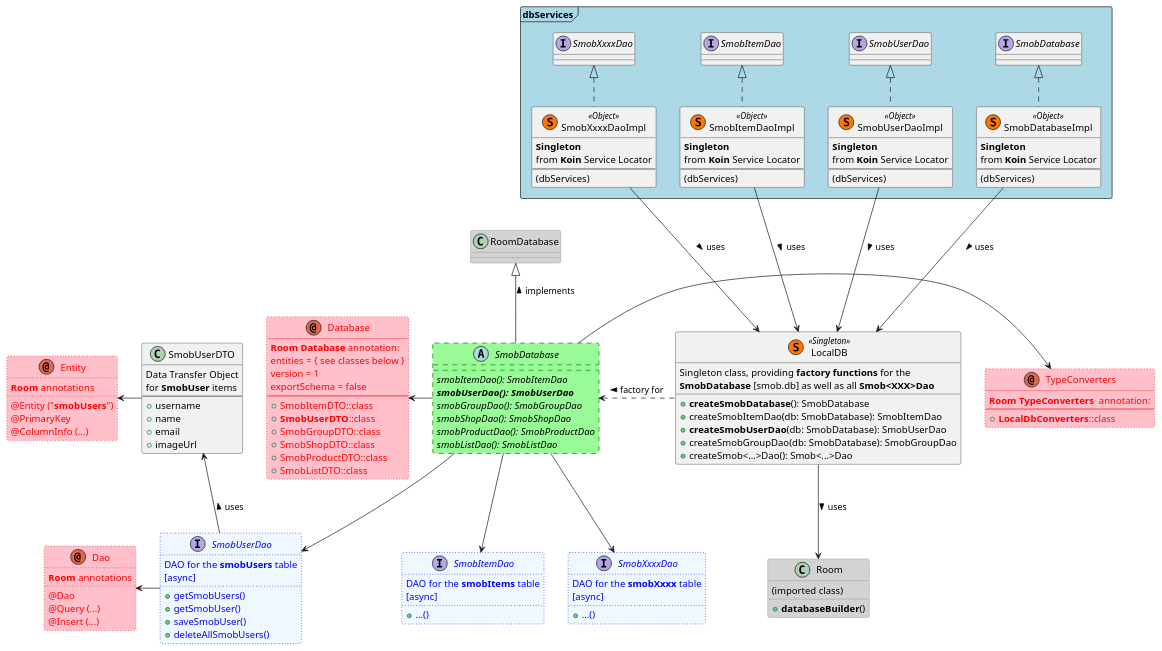
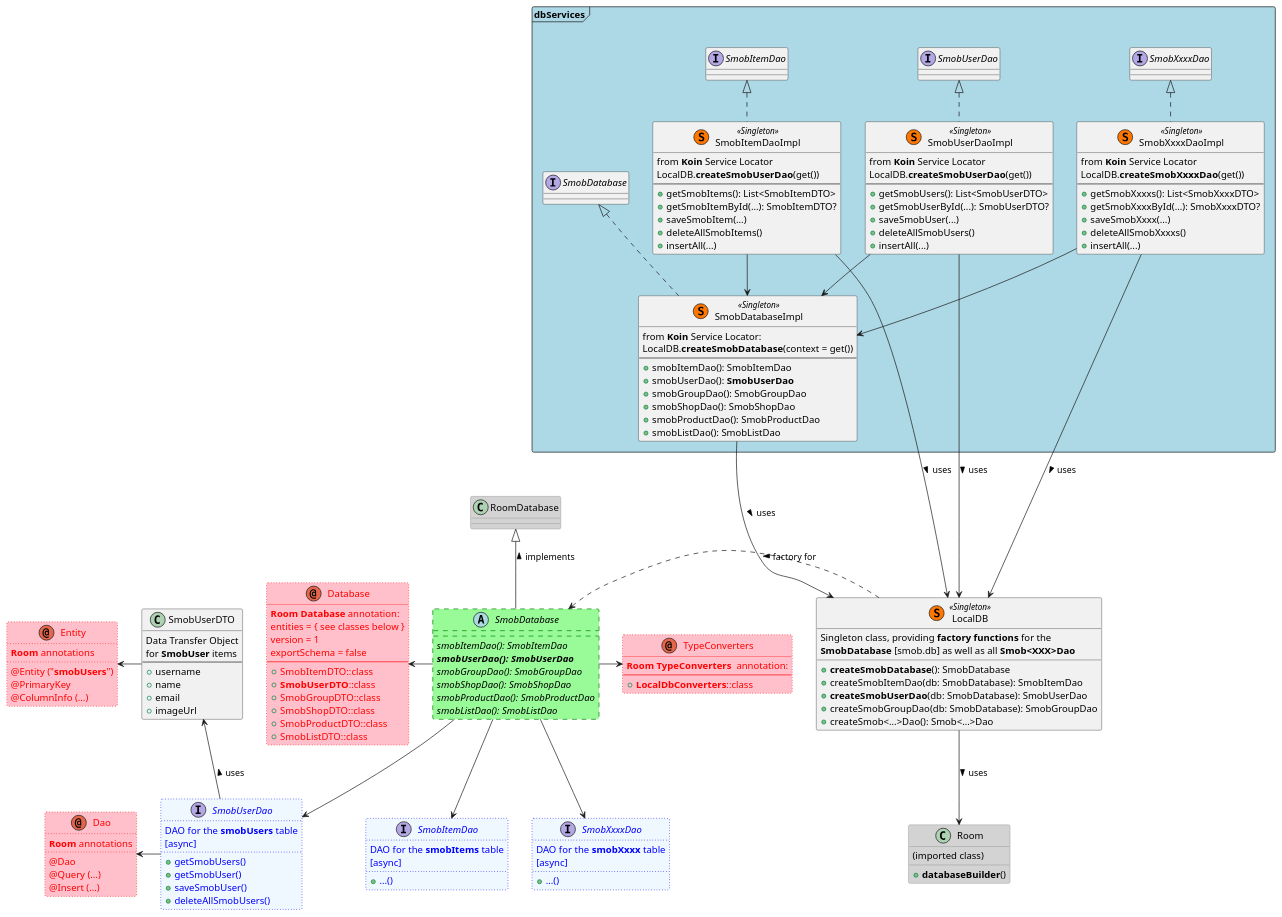
Before and after one commit to fwornle/ShopMob: the diagram in doc/puml/localDB.md, drawn with PlantUML.

Commit message:
Refinement: UML diagram for localDB

```diff
--- a/doc/puml/localDB.md
+++ b/doc/puml/localDB.md
@@ -119,33 +119,55 @@
 
 frame "dbServices" #Lightblue {
 
-    class SmobDatabaseImpl << (S,#FF7700) Object >> implements SmobDatabase {
-        **Singleton**
-        from **Koin** Service Locator
+    class SmobDatabaseImpl << (S,#FF7700) Singleton >> implements SmobDatabase {
+        from **Koin** Service Locator:
+        LocalDB.**createSmobDatabase**(context = get())
         ---
-        (dbServices)
+        +smobItemDao(): SmobItemDao
+        +smobUserDao(): **SmobUserDao**
+        +smobGroupDao(): SmobGroupDao
+        +smobShopDao(): SmobShopDao
+        +smobProductDao(): SmobProductDao
+        +smobListDao(): SmobListDao
     }
     
-    class SmobUserDaoImpl << (S,#FF7700) Object >> implements SmobUserDao {
-        **Singleton**
+    class SmobUserDaoImpl << (S,#FF7700) Singleton >> implements SmobUserDao {
         from **Koin** Service Locator
+        LocalDB.**createSmobUserDao**(get())
         ---
-        (dbServices)
+        +getSmobUsers(): List<SmobUserDTO>
+        +getSmobUserById(...): SmobUserDTO?
+        +saveSmobUser(...)
+        +deleteAllSmobUsers()
+        +insertAll(...)
     }
     
-    class SmobItemDaoImpl << (S,#FF7700) Object >> implements SmobItemDao {
-        **Singleton**
+    class SmobItemDaoImpl << (S,#FF7700) Singleton >> implements SmobItemDao {
         from **Koin** Service Locator
+        LocalDB.**createSmobUserDao**(get())
         ---
-        (dbServices)
+        +getSmobItems(): List<SmobItemDTO>
+        +getSmobItemById(...): SmobItemDTO?
+        +saveSmobItem(...)
+        +deleteAllSmobItems()
+        +insertAll(...)    
     }
     
-        class SmobXxxxDaoImpl << (S,#FF7700) Object >> implements SmobXxxxDao {
-        **Singleton**
+    class SmobXxxxDaoImpl << (S,#FF7700) Singleton >> implements SmobXxxxDao {
         from **Koin** Service Locator
+        LocalDB.**createSmobXxxxDao**(get())
         ---
-        (dbServices)
+        +getSmobXxxxs(): List<SmobXxxxDTO>
+        +getSmobXxxxById(...): SmobXxxxDTO?
+        +saveSmobXxxx(...)
+        +deleteAllSmobXxxxs()
+        +insertAll(...)  
     }
+    
+    SmobDatabaseImpl <-up- SmobUserDaoImpl 
+    SmobDatabaseImpl <-up- SmobItemDaoImpl 
+    SmobDatabaseImpl <-up- SmobXxxxDaoImpl 
+    
 }
 
 together {
```
